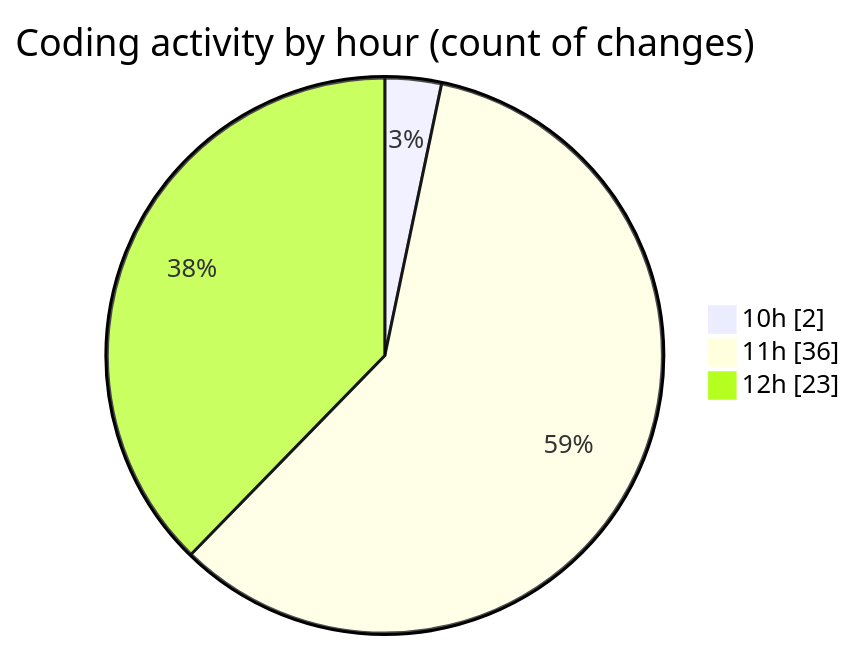
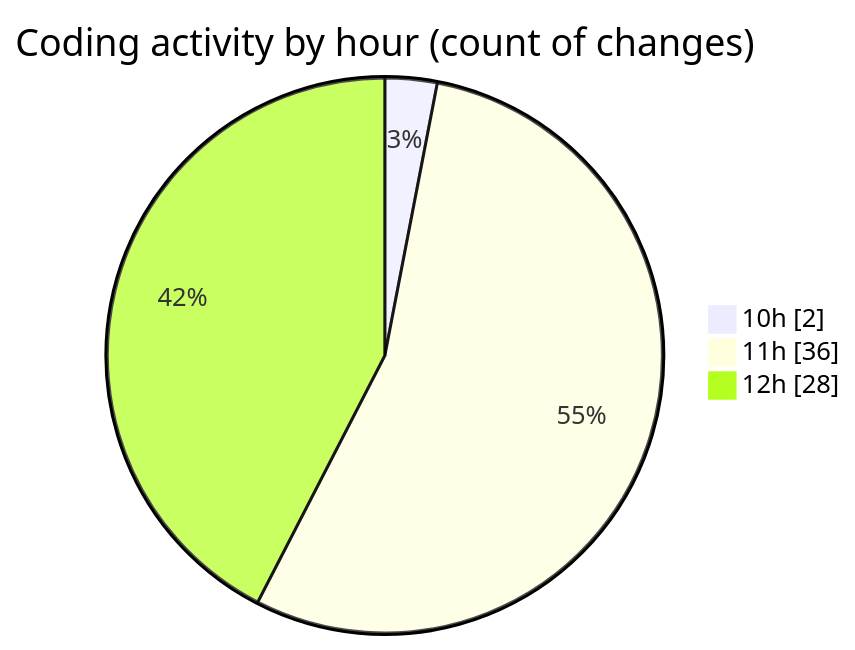
The second of 2 diagrams in 2025-05-13/argos-dev/README.md (nxtqubesakshisongat/code-tracking), drawn with Mermaid before and after one commit. The commit also changed other lines of this file and 1 other file, not shown here.

````diff
--- a/2025-05-13/argos-dev/README.md
+++ b/2025-05-13/argos-dev/README.md
@@ -31,7 +31,7 @@
 ```mermaid
 pie showData
 title Coding activity by hour (count of changes)
 "10h" : 2
 "11h" : 36
-"12h" : 23
+"12h" : 28
 ```
````
